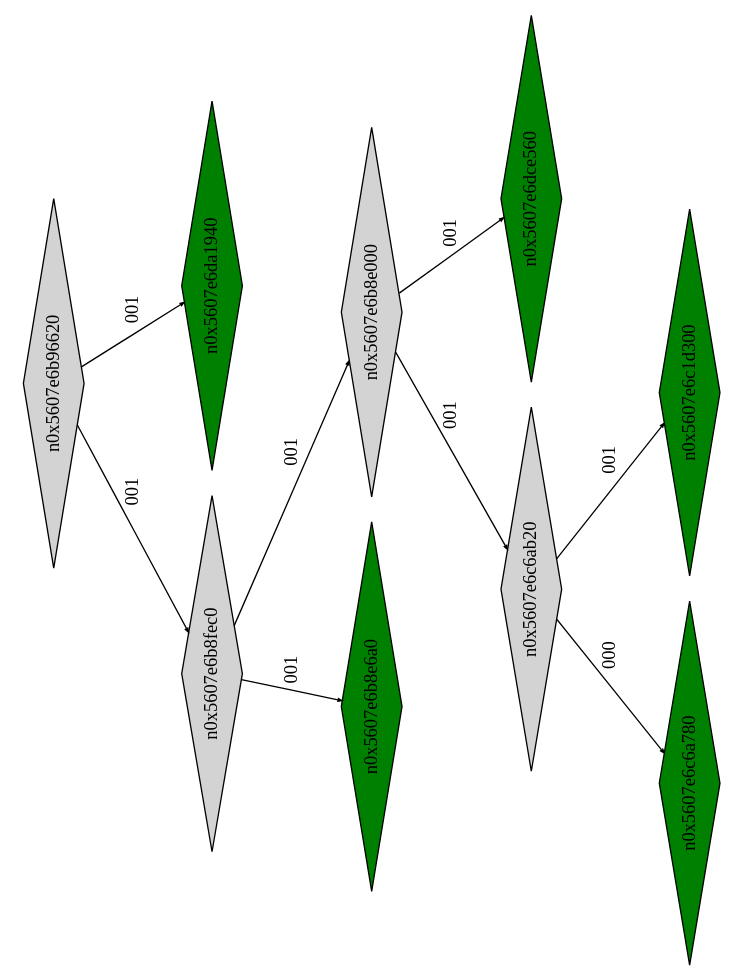
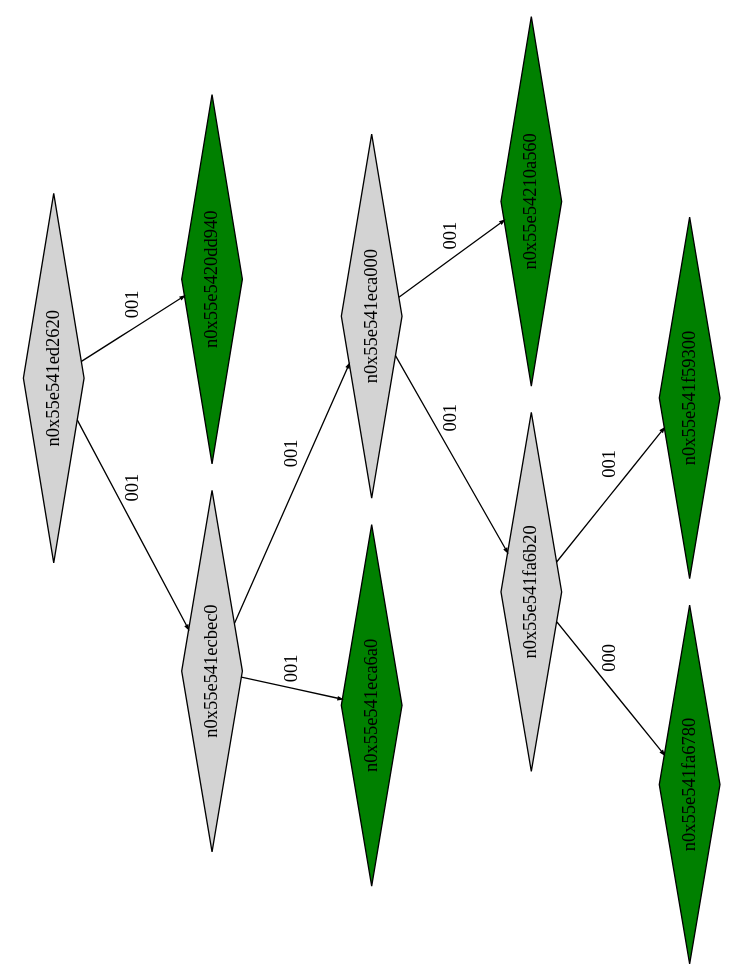
Before and after one commit to Research-Tools-PAVT/PSE-Program-Examples: the diagram in example1_klee_out/ptree_00000338.dot, drawn with Graphviz. The commit also changed 41 other files, not shown here.

```diff
--- a/example1_klee_out/ptree_00000338.dot
+++ b/example1_klee_out/ptree_00000338.dot
@@ -1,25 +1,25 @@
 digraph G {
 	size="10,7.5";
 	ratio=fill;
 	rotate=90;
 	center = "true";
 	node [style="filled",width=.1,height=.1,fontname="Terminus"]
 	edge [arrowsize=.3]
-	n0x5607e6b96620 [shape=diamond];
-	n0x5607e6b96620 -> n0x5607e6b8fec0 [label=001];
-	n0x5607e6b96620 -> n0x5607e6da1940 [label=001];
-	n0x5607e6da1940 [shape=diamond,fillcolor=green];
-	n0x5607e6b8fec0 [shape=diamond];
-	n0x5607e6b8fec0 -> n0x5607e6b8e6a0 [label=001];
-	n0x5607e6b8fec0 -> n0x5607e6b8e000 [label=001];
-	n0x5607e6b8e000 [shape=diamond];
-	n0x5607e6b8e000 -> n0x5607e6c6ab20 [label=001];
-	n0x5607e6b8e000 -> n0x5607e6dce560 [label=001];
-	n0x5607e6dce560 [shape=diamond,fillcolor=green];
-	n0x5607e6c6ab20 [shape=diamond];
-	n0x5607e6c6ab20 -> n0x5607e6c6a780 [label=000];
-	n0x5607e6c6ab20 -> n0x5607e6c1d300 [label=001];
-	n0x5607e6c1d300 [shape=diamond,fillcolor=green];
-	n0x5607e6c6a780 [shape=diamond,fillcolor=green];
-	n0x5607e6b8e6a0 [shape=diamond,fillcolor=green];
+	n0x55e541ed2620 [shape=diamond];
+	n0x55e541ed2620 -> n0x55e541ecbec0 [label=001];
+	n0x55e541ed2620 -> n0x55e5420dd940 [label=001];
+	n0x55e5420dd940 [shape=diamond,fillcolor=green];
+	n0x55e541ecbec0 [shape=diamond];
+	n0x55e541ecbec0 -> n0x55e541eca6a0 [label=001];
+	n0x55e541ecbec0 -> n0x55e541eca000 [label=001];
+	n0x55e541eca000 [shape=diamond];
+	n0x55e541eca000 -> n0x55e541fa6b20 [label=001];
+	n0x55e541eca000 -> n0x55e54210a560 [label=001];
+	n0x55e54210a560 [shape=diamond,fillcolor=green];
+	n0x55e541fa6b20 [shape=diamond];
+	n0x55e541fa6b20 -> n0x55e541fa6780 [label=000];
+	n0x55e541fa6b20 -> n0x55e541f59300 [label=001];
+	n0x55e541f59300 [shape=diamond,fillcolor=green];
+	n0x55e541fa6780 [shape=diamond,fillcolor=green];
+	n0x55e541eca6a0 [shape=diamond,fillcolor=green];
 }
```
